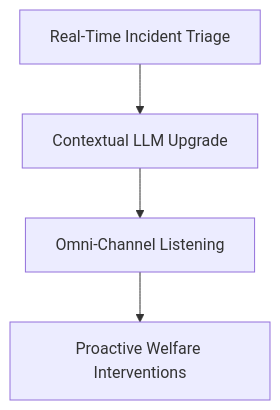
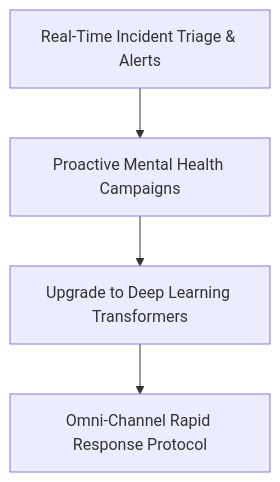
One commit to Nightwing-007/IntelliData_Data_Science_Hackathon changed the second of 2 diagrams in Day_1/Question_42/README.md. Above: the diagram before and after it, drawn with Mermaid. The commit also changed other lines of this file and 4 other files, not shown here.

````diff
--- a/Day_1/Question_42/README.md
+++ b/Day_1/Question_42/README.md
@@ -113,6 +69,6 @@
 ```mermaid
 flowchart TD
-    A["Real-Time Incident Triage"] --> B["Contextual LLM Upgrade"]
-    B --> C["Omni-Channel Listening"]
-    C --> D["Proactive Welfare Interventions"]
+    A["Real-Time Incident Triage & Alerts"] --> B["Proactive Mental Health Campaigns"]
+    B --> C["Upgrade to Deep Learning Transformers"]
+    C --> D["Omni-Channel Rapid Response Protocol"]
 ```
````
